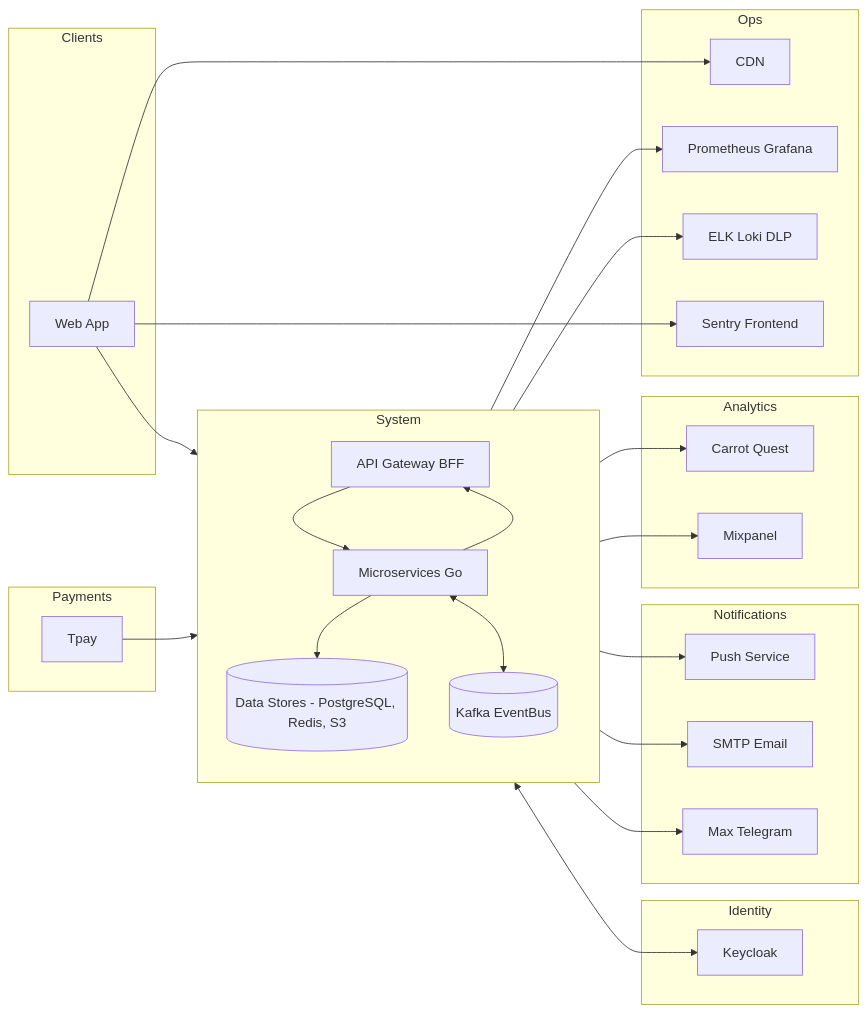
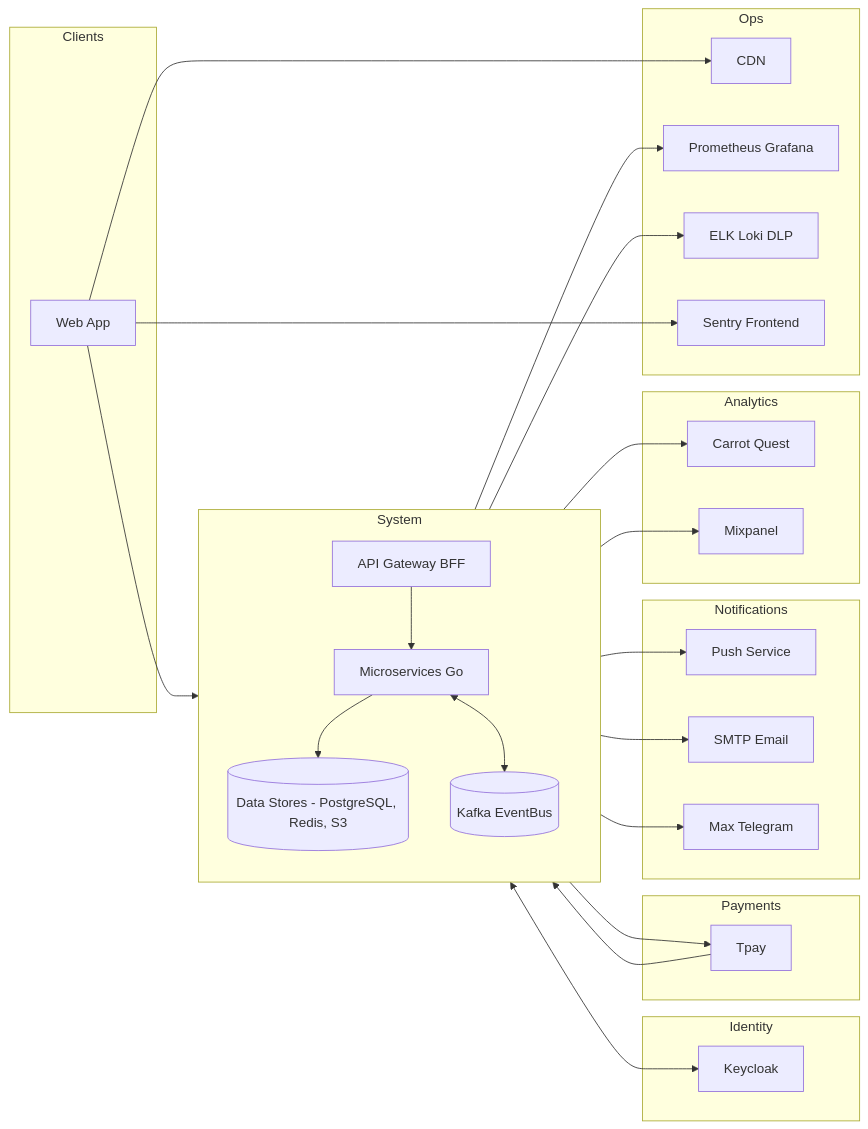
One commit to dvsnin/interactive-whiteboard-docs changed the diagram in Проектирование-ИС/03-Взаимосвязи-со-внешними-системами/README.md. Above: the diagram before and after it, drawn with Mermaid.

Commit message:
[Проектирование-ИС] fix

````diff
--- a/Проектирование-ИС/03-Взаимосвязи-со-внешними-системами/README.md
+++ b/Проектирование-ИС/03-Взаимосвязи-со-внешними-системами/README.md
@@ -33,71 +33,71 @@
 ```mermaid
 flowchart LR
     %% Клиенты
     subgraph Clients[Clients]
         FE[Web App]
     end
 
     %% Слева: идентификация и платежи
     subgraph IdP[Identity]
         KC[Keycloak]
     end
 
     subgraph Pay[Payments]
         Tpay[Tpay]
     end
 
     %% Центр: система
     subgraph Core[System]
         direction TB
         Gateway[API Gateway BFF]
         Services[Microservices Go]
         Data[(Data Stores - PostgreSQL, Redis, S3)]
         Bus[(Kafka EventBus)]
     end
 
     %% Справа: уведомления, аналитика, ops
     subgraph Notify[Notifications]
         Push[Push Service]
         Mail[SMTP Email]
         Chats[Max Telegram]
     end
 
     subgraph Analytics[Analytics]
         Carrot[Carrot Quest]
         Mix[Mixpanel]
     end
 
     subgraph Ops[Ops]
         CDN[CDN]
         Mon[Prometheus Grafana]
         Logs[ELK Loki DLP]
         FEerr[Sentry Frontend]
     end
 
     %% Потоки
     FE --> Gateway
     Gateway <--> KC
     Gateway --> Services
 
-    %% Взаимодействие с Tpay через Gateway
-    Services --> Gateway
+    %% Платежи: исходящие из сервисов, вебхуки в Gateway
+    Services --> Tpay
     Tpay --> Gateway
 
     Services --> Data
     Services <--> Bus
 
     %% Уведомления и аналитика через EventBus
     Bus --> Push
     Bus --> Mail
     Bus --> Chats
     Bus --> Carrot
     Bus --> Mix
 
     %% CDN: клиент работает по presigned URL
     FE --> CDN
 
     %% Мониторинг и ошибки
     Services --> Mon
     Services --> Logs
     FE --> FEerr
 ```
````
